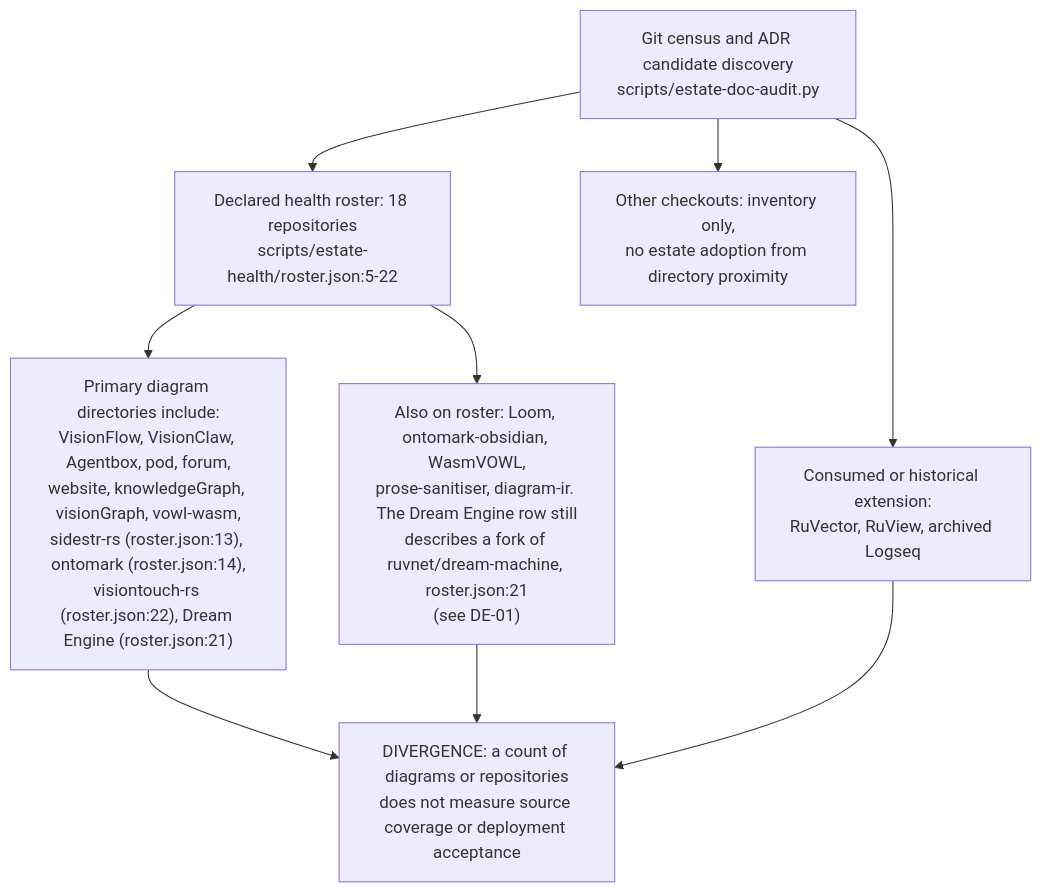
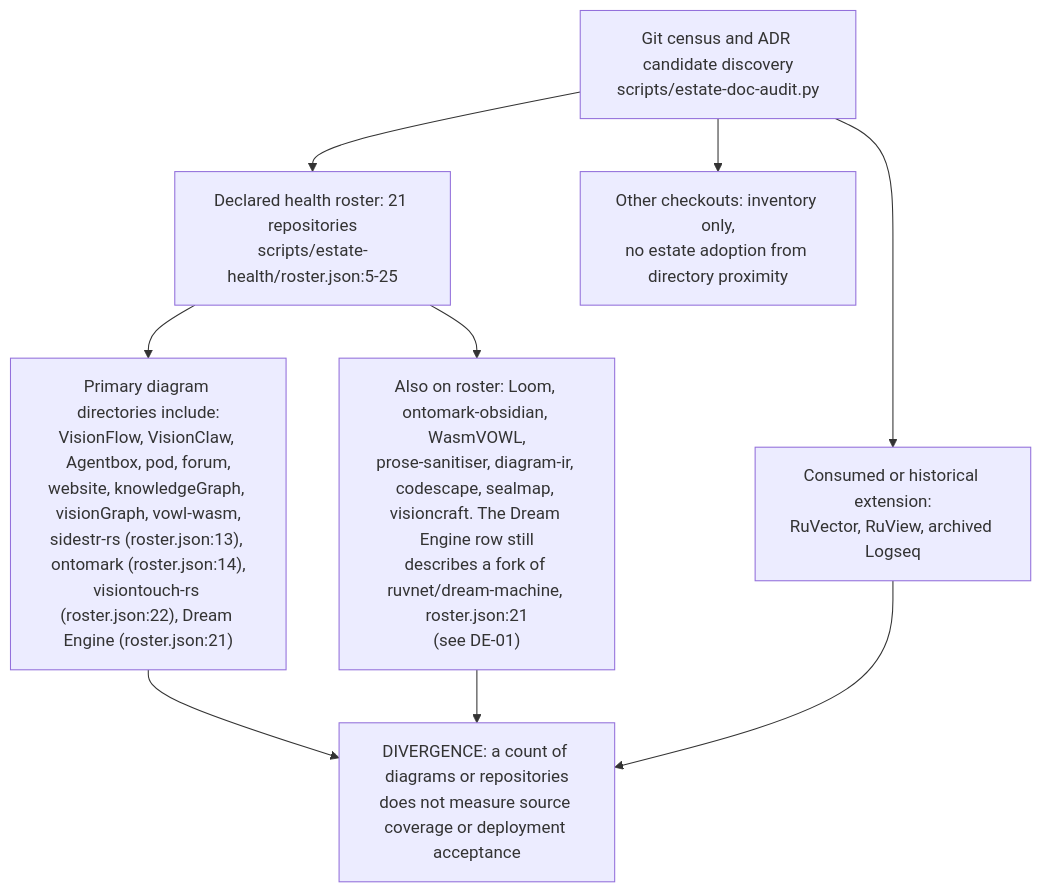
Before and after one commit to DreamLab-AI/VisionFlow: the first of 5 diagrams in docs/diagrams/estate/90-evidence-and-supporting-repositories.md, drawn with Mermaid. The commit also changed other lines of this file and 49 other files, not shown here.

First line of the commit message:
docs(diagrams): re-derive and re-stamp VisionClaw, estate, knowledge-graph, visionGraph, VisionFlow and sidestr topics

````diff
--- a/docs/diagrams/estate/90-evidence-and-supporting-repositories.md
+++ b/docs/diagrams/estate/90-evidence-and-supporting-repositories.md
@@ -33,11 +36,11 @@
 ```mermaid
 flowchart TB
-    R["Declared health roster: 18 repositories<br/>scripts/estate-health/roster.json:5-22"] --> P["Primary diagram directories include:<br/>VisionFlow, VisionClaw, Agentbox, pod, forum,<br/>website, knowledgeGraph, visionGraph, vowl-wasm,<br/>sidestr-rs (roster.json:13), ontomark (roster.json:14),<br/>visiontouch-rs (roster.json:22), Dream Engine (roster.json:21)"]
-    R --> S["Also on roster: Loom, ontomark-obsidian, WasmVOWL,<br/>prose-sanitiser, diagram-ir. The Dream Engine row still<br/>describes a fork of ruvnet/dream-machine, roster.json:21<br/>(see DE-01)"]
+    R["Declared health roster: 21 repositories<br/>scripts/estate-health/roster.json:5-25"] --> P["Primary diagram directories include:<br/>VisionFlow, VisionClaw, Agentbox, pod, forum,<br/>website, knowledgeGraph, visionGraph, vowl-wasm,<br/>sidestr-rs (roster.json:13), ontomark (roster.json:14),<br/>visiontouch-rs (roster.json:22), Dream Engine (roster.json:21)"]
+    R --> S["Also on roster: Loom, ontomark-obsidian, WasmVOWL,<br/>prose-sanitiser, diagram-ir, codescape, sealmap, visioncraft. The Dream Engine row still<br/>describes a fork of ruvnet/dream-machine, roster.json:21<br/>(see DE-01)"]
     C["Git census and ADR candidate discovery<br/>scripts/estate-doc-audit.py"] --> R
     C --> D["Consumed or historical extension:<br/>RuVector, RuView, archived Logseq"]
     C --> N["Other checkouts: inventory only,<br/>no estate adoption from directory proximity"]
     P --> E["DIVERGENCE: a count of diagrams or repositories<br/>does not measure source coverage or deployment acceptance"]
     S --> E
     D --> E
 ```
````
